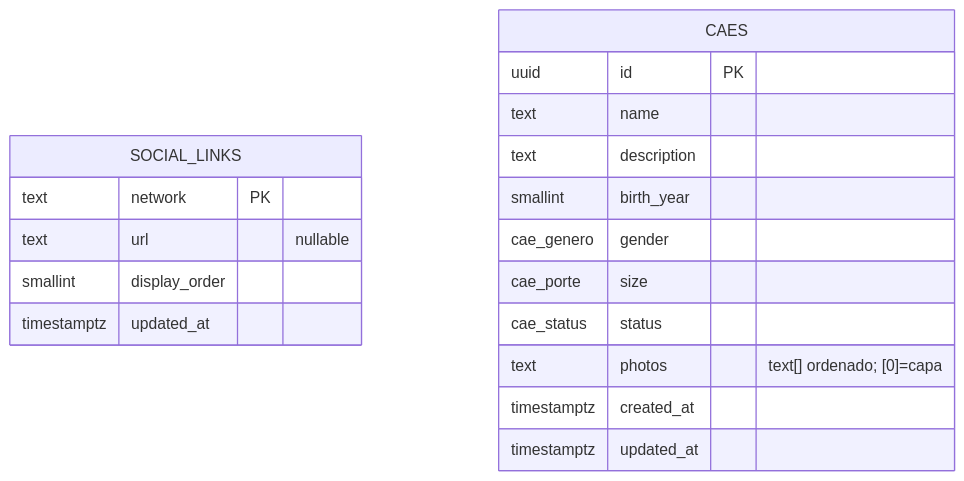
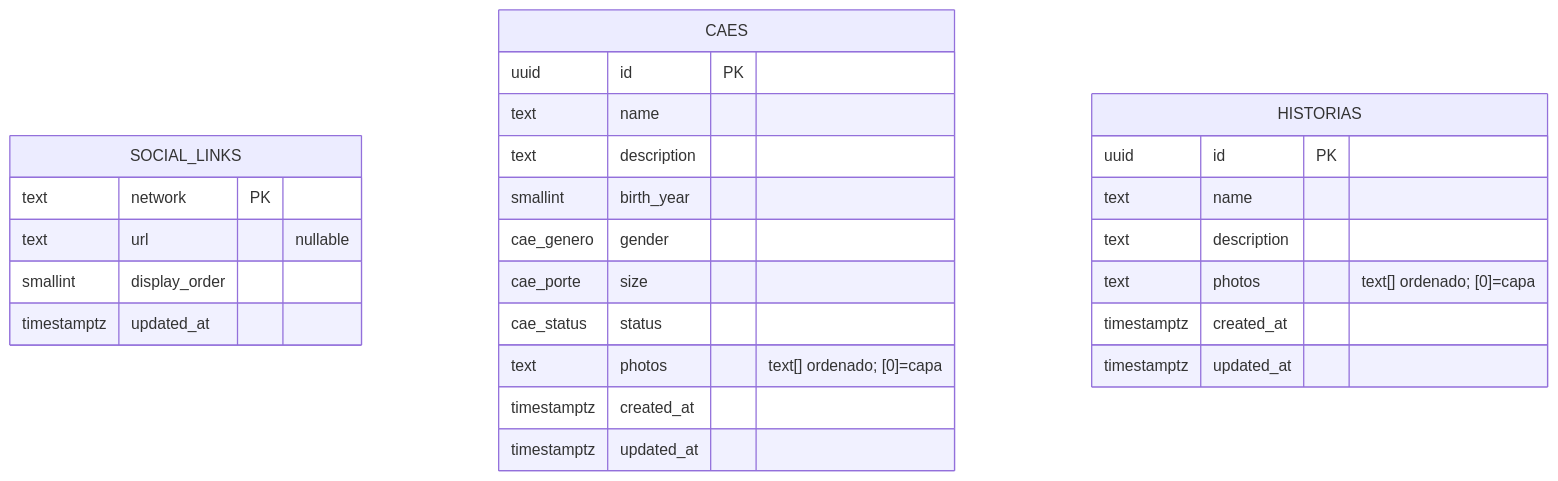
One commit to jeftomaz/abrigo_da_marcia_web changed the diagram in DATA_MODEL.md. Above: the diagram before and after it, drawn with Mermaid. The commit also changed other lines of this file and 5 other files, not shown here.

Commit message:
feat: adiciona schema de historias

````diff
--- a/DATA_MODEL.md
+++ b/DATA_MODEL.md
@@ -7,21 +7,29 @@
 ```mermaid
 erDiagram
   SOCIAL_LINKS {
     text network PK
     text url "nullable"
     smallint display_order
     timestamptz updated_at
   }
   CAES {
     uuid id PK
     text name
     text description
     smallint birth_year
     cae_genero gender
     cae_porte size
     cae_status status
     text photos "text[] ordenado; [0]=capa"
     timestamptz created_at
     timestamptz updated_at
   }
+  HISTORIAS {
+    uuid id PK
+    text name
+    text description
+    text photos "text[] ordenado; [0]=capa"
+    timestamptz created_at
+    timestamptz updated_at
+  }
 ```
````
